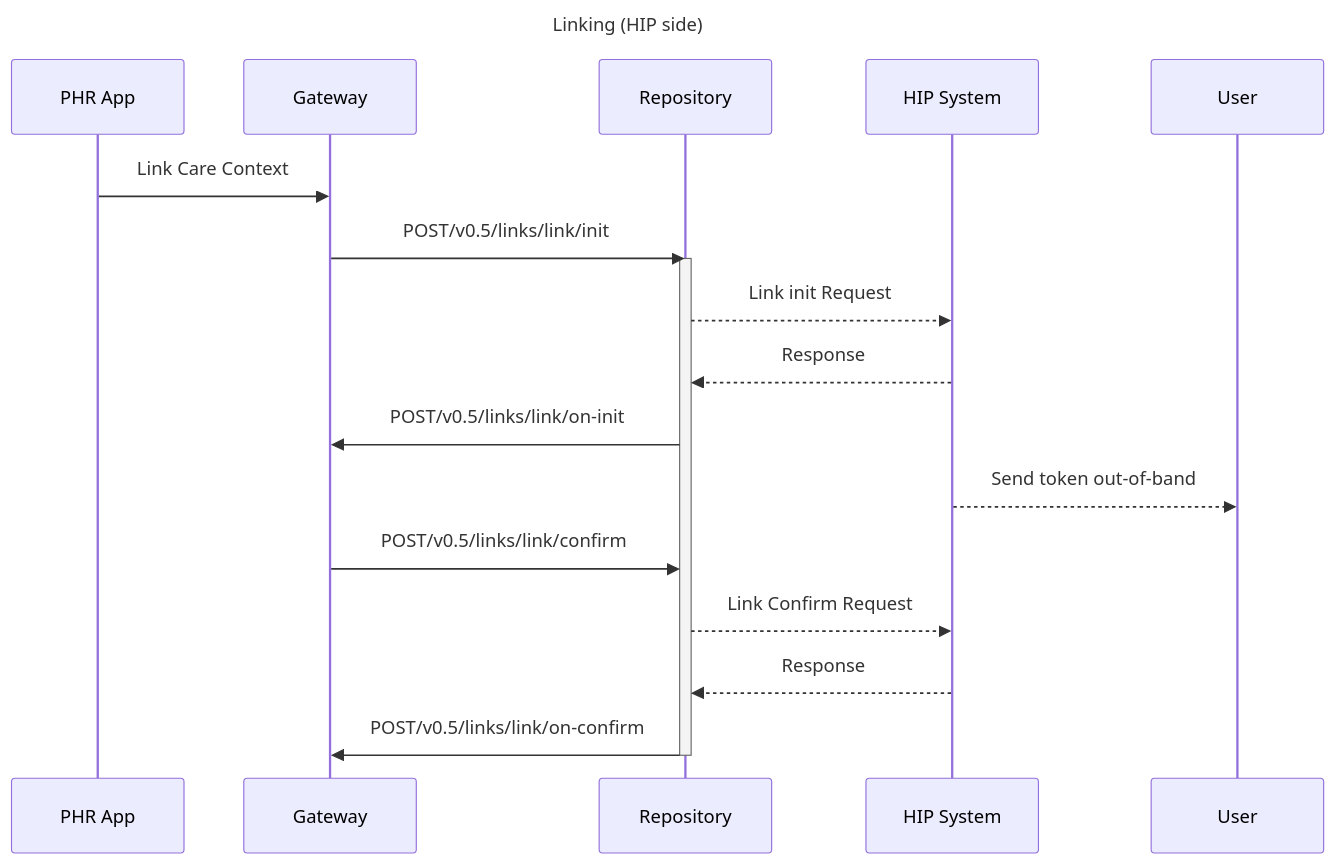
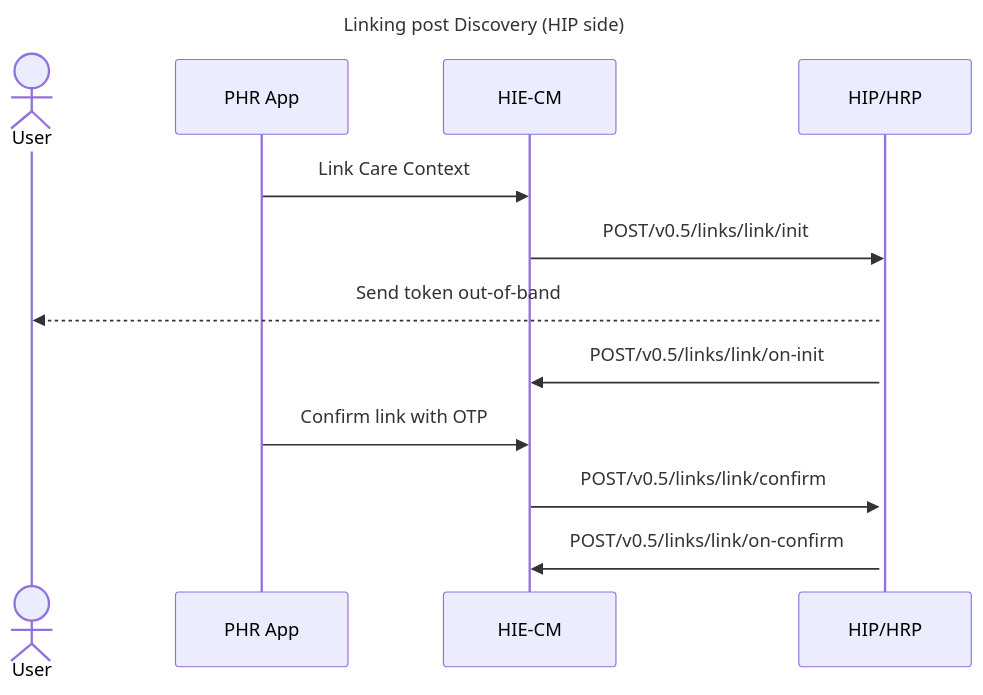
One commit to kiranma72/abdm-docs changed the third of 3 diagrams in content/3-milestone2/link-care-context/discovery-link.md. Above: the diagram before and after it, drawn with Mermaid. The commit also changed other lines of this file and 6 other files, not shown here.

```diff
--- a/content/3-milestone2/link-care-context/discovery-link.md
+++ b/content/3-milestone2/link-care-context/discovery-link.md
@@ -99,17 +94,14 @@
 {{< mermaid >}}
 %%{init:{"fontSize": "1.0rem", sequence":{"showSequenceNumbers":true}}}%%
 sequenceDiagram
-title Linking (HIP side)
-PHR App->>Gateway:Link Care Context
-Gateway->>Repository:POST/v0.5/links/link/init
-activate Repository
-Repository-->>HIP System:Link init Request
-HIP System-->>Repository: Response
-Repository->>Gateway:POST/v0.5/links/link/on-init
-HIP System-->>User: Send token out-of-band
-Gateway->>Repository: POST/v0.5/links/link/confirm
-Repository-->>HIP System:Link Confirm Request
-HIP System-->>Repository: Response
-Repository->>Gateway:POST/v0.5/links/link/on-confirm
-deactivate Repository
+title Linking post Discovery (HIP side)
+actor User
+PHR App->>HIE-CM:Link Care Context
+HIE-CM->>HIP/HRP:POST/v0.5/links/link/init
+activate HIP/HRP
+HIP/HRP-->>User: Send token out-of-band
+HIP/HRP->>HIE-CM:POST/v0.5/links/link/on-init
+PHR App->>HIE-CM:Confirm link with OTP
+HIE-CM->>HIP/HRP: POST/v0.5/links/link/confirm
+HIP/HRP->>HIE-CM:POST/v0.5/links/link/on-confirm
 {{< /mermaid >}}
```
